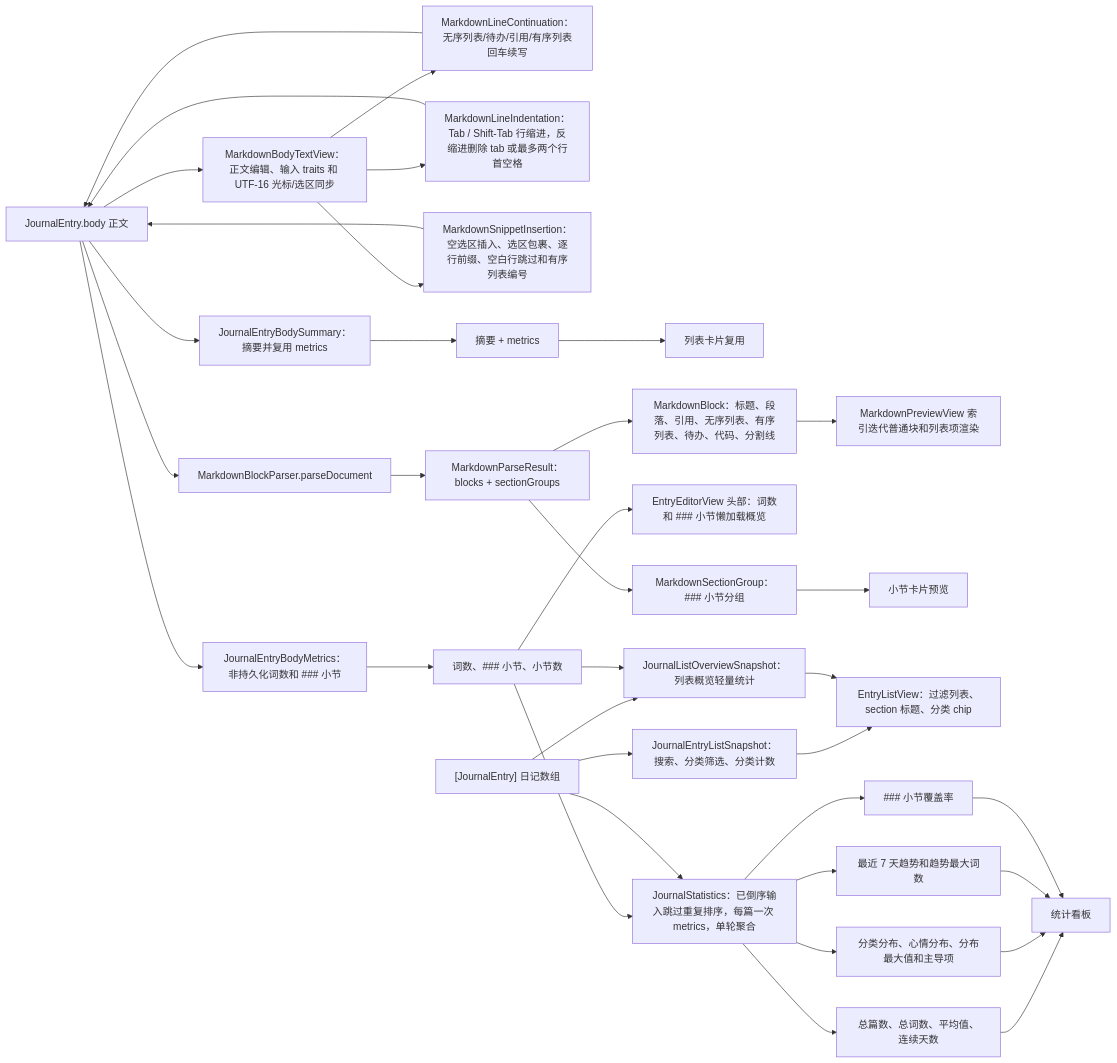
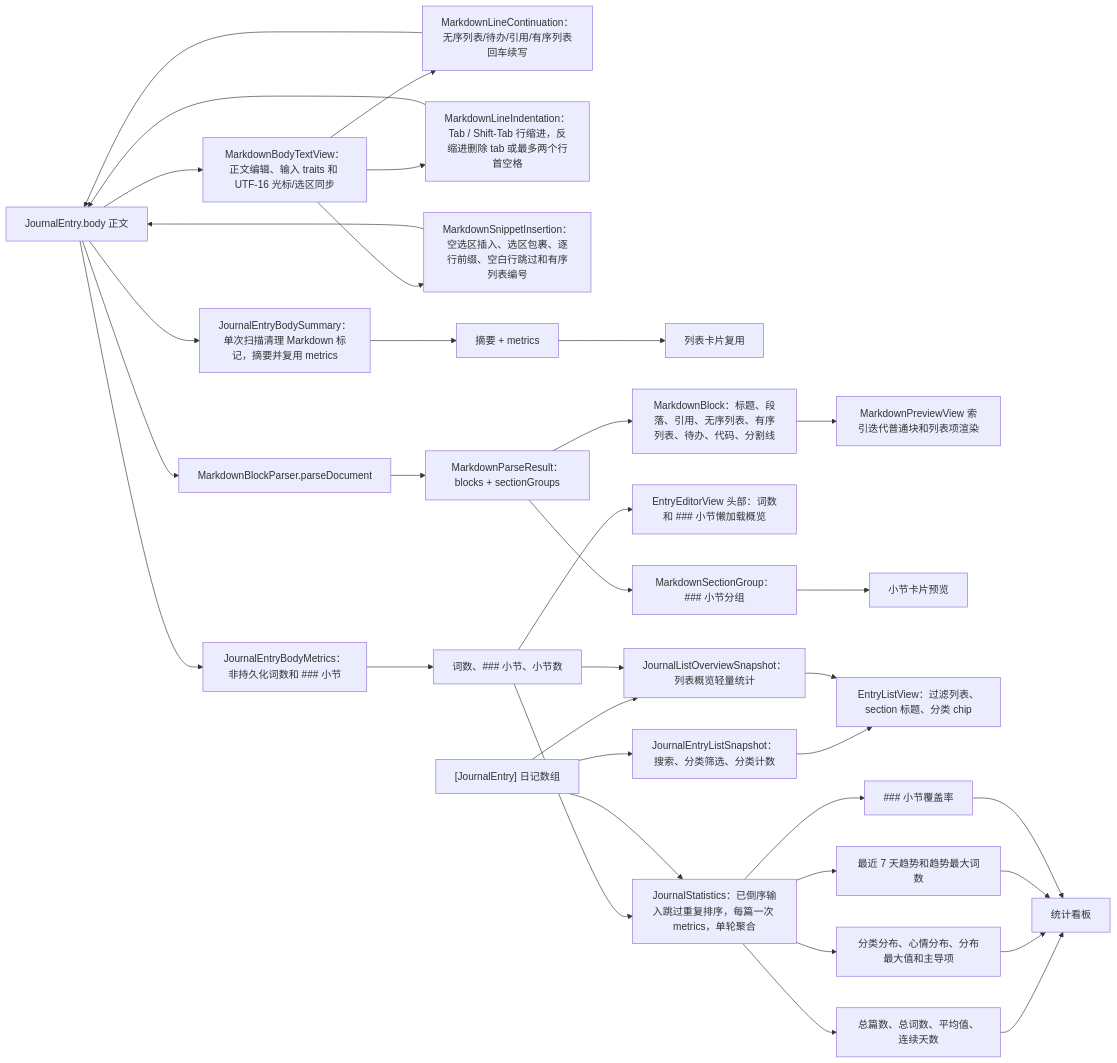
One commit to Altman-sam114/117 changed the fourth of 6 diagrams in md/flow/flowchart.md. Above: the diagram before and after it, drawn with Mermaid. The commit also changed other lines of this file and 8 other files, not shown here.

````diff
--- a/md/flow/flowchart.md
+++ b/md/flow/flowchart.md
@@ -121,37 +121,37 @@
 ```mermaid
 flowchart LR
   Body["JournalEntry.body 正文"] --> MetricsNode2["JournalEntryBodyMetrics：非持久化词数和 ### 小节"]
-  Body --> Summary["JournalEntryBodySummary：摘要并复用 metrics"]
+  Body --> Summary["JournalEntryBodySummary：单次扫描清理 Markdown 标记，摘要并复用 metrics"]
   Body --> BodyText["MarkdownBodyTextView：正文编辑、输入 traits 和 UTF-16 光标/选区同步"]
   BodyText --> ContinueRule["MarkdownLineContinuation：无序列表/待办/引用/有序列表回车续写"]
   ContinueRule --> Body
   BodyText --> IndentRule["MarkdownLineIndentation：Tab / Shift-Tab 行缩进，反缩进删除 tab 或最多两个行首空格"]
   IndentRule --> Body
   BodyText --> InsertRule["MarkdownSnippetInsertion：空选区插入、选区包裹、逐行前缀、空白行跳过和有序列表编号"]
   InsertRule --> Body
   MetricsNode2 --> MetricsData["词数、### 小节、小节数"]
   Summary --> Excerpt["摘要 + metrics"]
   Excerpt --> RowEditor["列表卡片复用"]
   MetricsData --> Statistics["JournalStatistics：已倒序输入跳过重复排序，每篇一次 metrics，单轮聚合"]
   MetricsData --> EditorHeader["EntryEditorView 头部：词数和 ### 小节懒加载概览"]
   Body --> Parse["MarkdownBlockParser.parseDocument"]
   Parse --> Result["MarkdownParseResult：blocks + sectionGroups"]
   Result --> Blocks["MarkdownBlock：标题、段落、引用、无序列表、有序列表、待办、代码、分割线"]
   Blocks --> Preview["MarkdownPreviewView 索引迭代普通块和列表项渲染"]
   Result --> Sections["MarkdownSectionGroup：### 小节分组"]
   Sections --> SectionPreview["小节卡片预览"]
   Entries["[JournalEntry] 日记数组"] --> Statistics
   Entries --> ListSnapshot2["JournalEntryListSnapshot：搜索、分类筛选、分类计数"]
   ListSnapshot2 --> ListView["EntryListView：过滤列表、section 标题、分类 chip"]
   Entries --> ListOverview2["JournalListOverviewSnapshot：列表概览轻量统计"]
   MetricsData --> ListOverview2
   ListOverview2 --> ListView
   Statistics --> Metrics["总篇数、总词数、平均值、连续天数"]
   Statistics --> Distributions["分类分布、心情分布、分布最大值和主导项"]
   Statistics --> Trend["最近 7 天趋势和趋势最大词数"]
   Statistics --> Coverage["### 小节覆盖率"]
   Metrics --> Dashboard["统计看板"]
   Distributions --> Dashboard
   Trend --> Dashboard
   Coverage --> Dashboard
 ```
````
